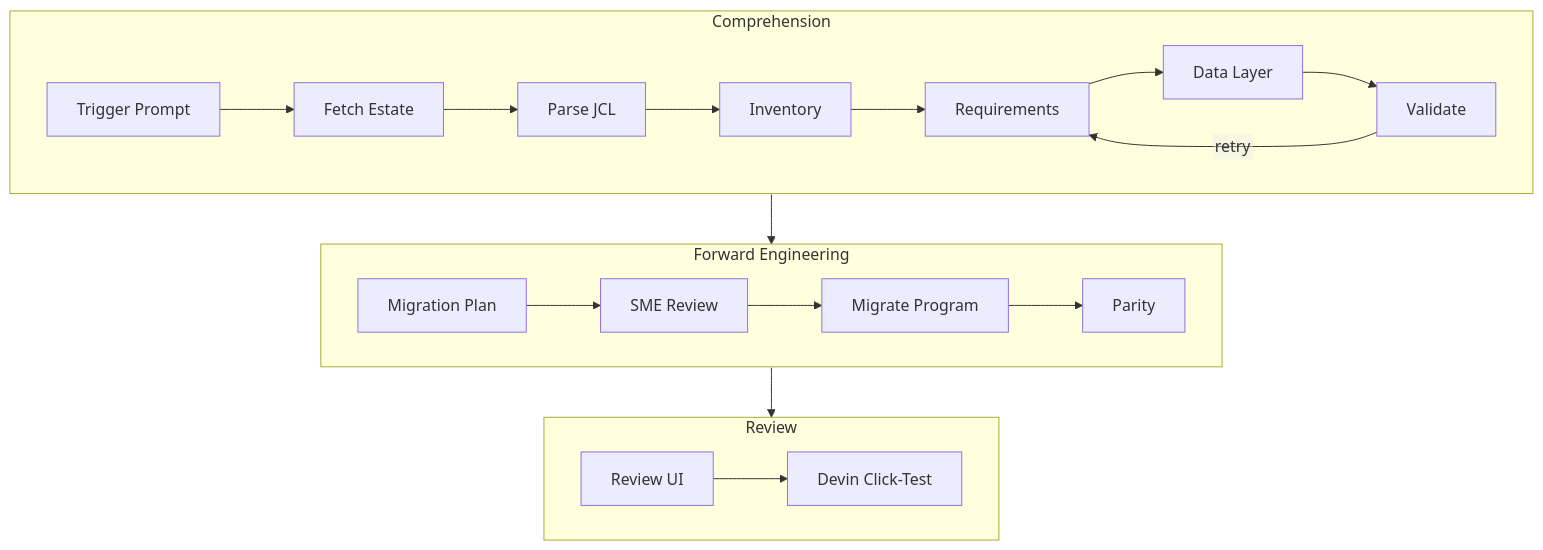
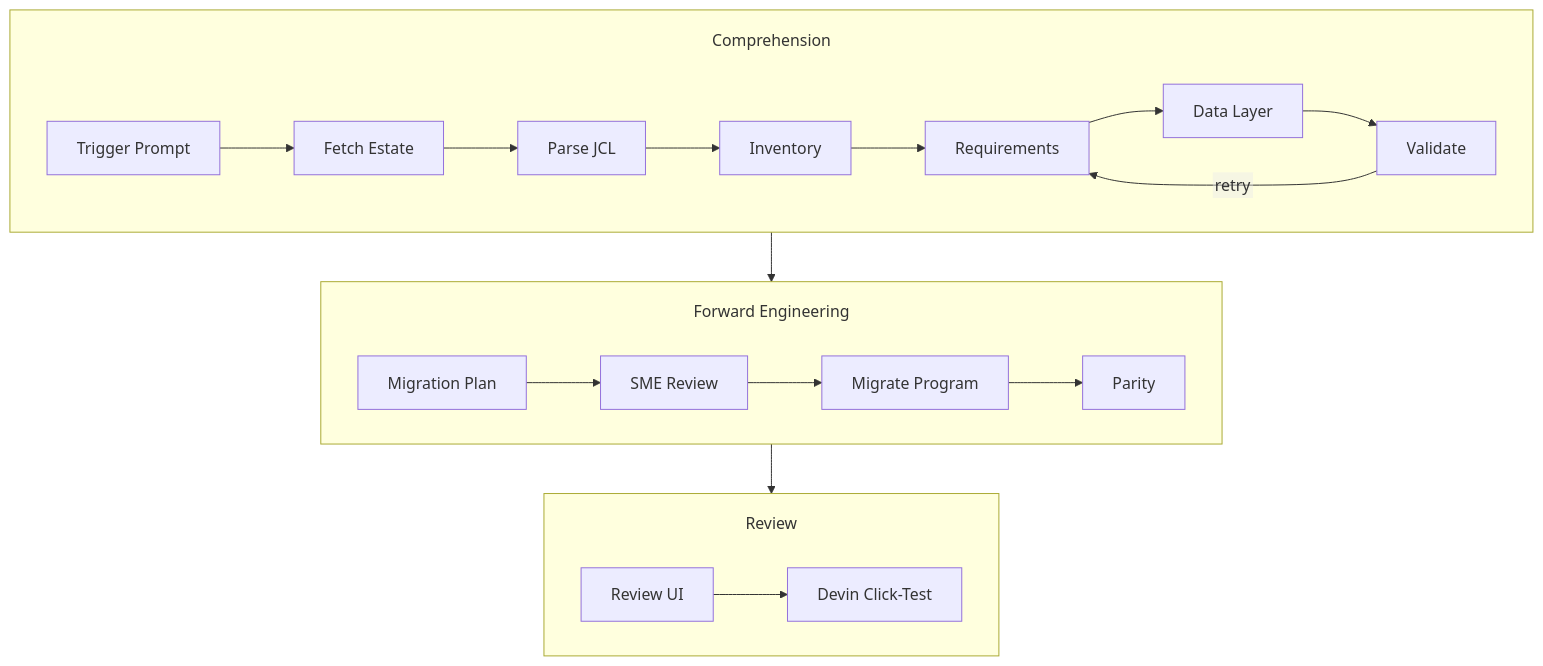
Before and after one commit to tedfoley-cog/cobol-batch-modernization-demo: the diagram in README.md, drawn with Mermaid. The commit also changed 2 other files, not shown here.

Commit message:
Tighten flowchart framing and title spacing

````diff
--- a/README.md
+++ b/README.md
@@ -3,29 +3,29 @@
 ```mermaid
-%%{init: {'flowchart': {'htmlLabels': false}}}%%
+%%{init: {'flowchart': {'htmlLabels': false, 'subGraphTitleMargin': {'top': 20, 'bottom': 20}}}}%%
 flowchart TB
   subgraph Comprehension
     direction LR
     T[Trigger Prompt]
     F[Fetch Estate]
     P[Parse JCL]
     I[Inventory]
     R[Requirements]
     D[Data Layer]
     V[Validate]
   end
   subgraph ForwardEngineering[Forward Engineering]
     direction LR
     M[Migration Plan]
     S[SME Review]
     C[Migrate Program]
     H[Parity]
   end
   subgraph Review
     direction LR
     U[Review UI]
     X[Devin Click-Test]
   end
   T --> F --> P --> I --> R --> D --> V
   V -->|retry| R
   V --> M --> S --> C --> H --> U --> X
 ```
````
